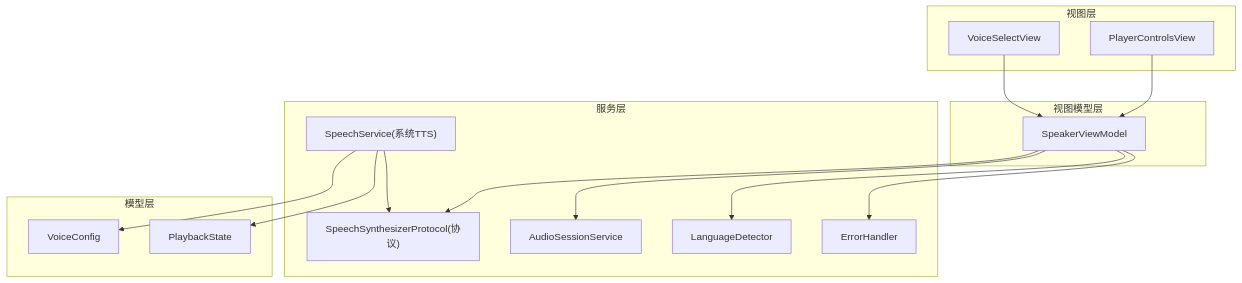
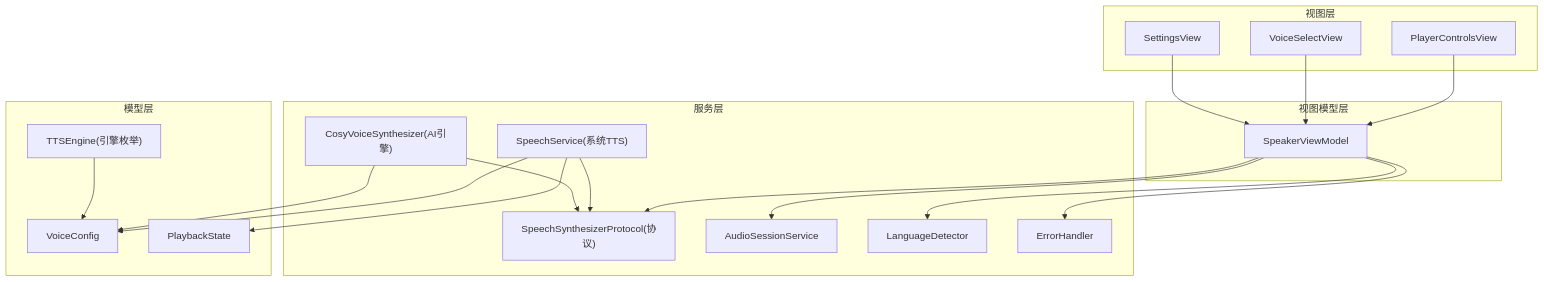
The first of 9 diagrams in .qoder/repowiki/zh/content/核心功能模块/语音合成系统/系统 TTS 服务.md (Primoguo/Knowledge), drawn with Mermaid before and after one commit. The commit also changed other lines of this file and 32 other files, not shown here.

````diff
--- a/.qoder/repowiki/zh/content/核心功能模块/语音合成系统/系统 TTS 服务.md
+++ b/.qoder/repowiki/zh/content/核心功能模块/语音合成系统/系统 TTS 服务.md
@@ -39,30 +50,37 @@
 ```mermaid
 graph TB
 subgraph "视图层"
 PCV["PlayerControlsView"]
 VSV["VoiceSelectView"]
+SV["SettingsView"]
 end
 subgraph "视图模型层"
 SVM["SpeakerViewModel"]
 end
 subgraph "服务层"
 SSP["SpeechSynthesizerProtocol(协议)"]
 SS["SpeechService(系统TTS)"]
+CSV["CosyVoiceSynthesizer(AI引擎)"]
 AS["AudioSessionService"]
 LD["LanguageDetector"]
 EH["ErrorHandler"]
 end
 subgraph "模型层"
 VC["VoiceConfig"]
 PS["PlaybackState"]
+TEE["TTSEngine(引擎枚举)"]
 end
 PCV --> SVM
 VSV --> SVM
+SV --> SVM
 SVM --> SSP
 SS --> SSP
+CSV --> SSP
 SVM --> AS
 SVM --> EH
 SVM --> LD
 SS --> PS
 SS --> VC
+CSV --> VC
+TEE --> VC
 ```
````
